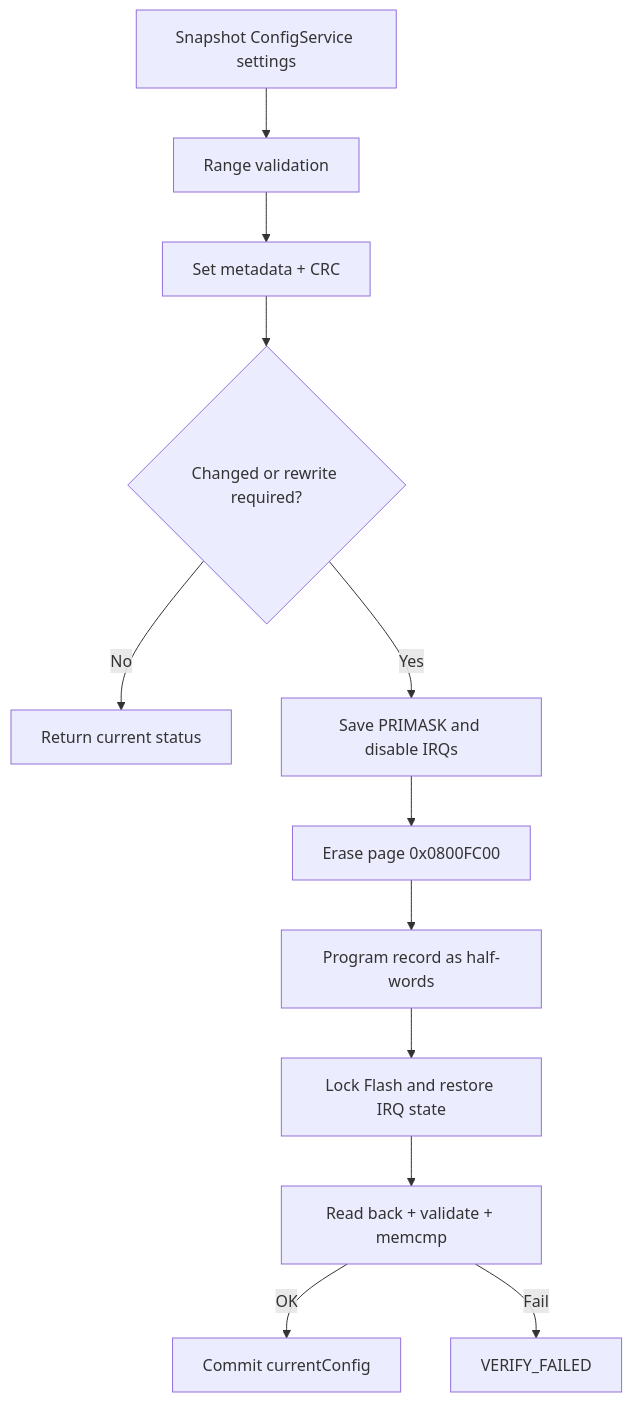
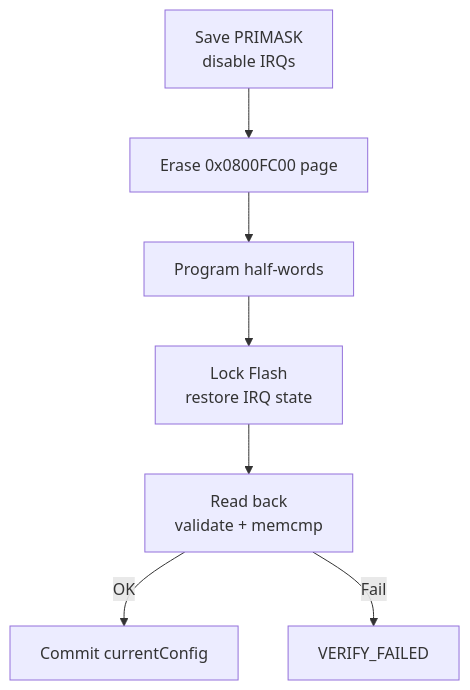
Before and after one commit to haikevins/Multimeter_Project: diagram 20 of 21 in README.md, drawn with Mermaid. The commit also changed other lines of this file, not shown here.

````diff
--- a/README.md
+++ b/README.md
@@ -996,14 +1060,9 @@
 ```mermaid
-flowchart TD
-    SNAP["Snapshot ConfigService settings"] --> VALIDATE["Range validation"]
-    VALIDATE --> FINALIZE["Set metadata + CRC"]
-    FINALIZE --> CHANGE{"Changed or rewrite required?"}
-    CHANGE -->|"No"| DONE["Return current status"]
-    CHANGE -->|"Yes"| IRQOFF["Save PRIMASK and disable IRQs"]
-    IRQOFF --> ERASE["Erase page 0x0800FC00"]
-    ERASE --> PROGRAM["Program record as half-words"]
-    PROGRAM --> IRQON["Lock Flash and restore IRQ state"]
-    IRQON --> VERIFY["Read back + validate + memcmp"]
+flowchart TB
+    IRQOFF["Save PRIMASK<br/>disable IRQs"] --> ERASE["Erase 0x0800FC00 page"]
+    ERASE --> PROGRAM["Program half-words"]
+    PROGRAM --> IRQON["Lock Flash<br/>restore IRQ state"]
+    IRQON --> VERIFY["Read back<br/>validate + memcmp"]
     VERIFY -->|"OK"| COMMIT["Commit currentConfig"]
     VERIFY -->|"Fail"| ERROR["VERIFY_FAILED"]
 ```
````
